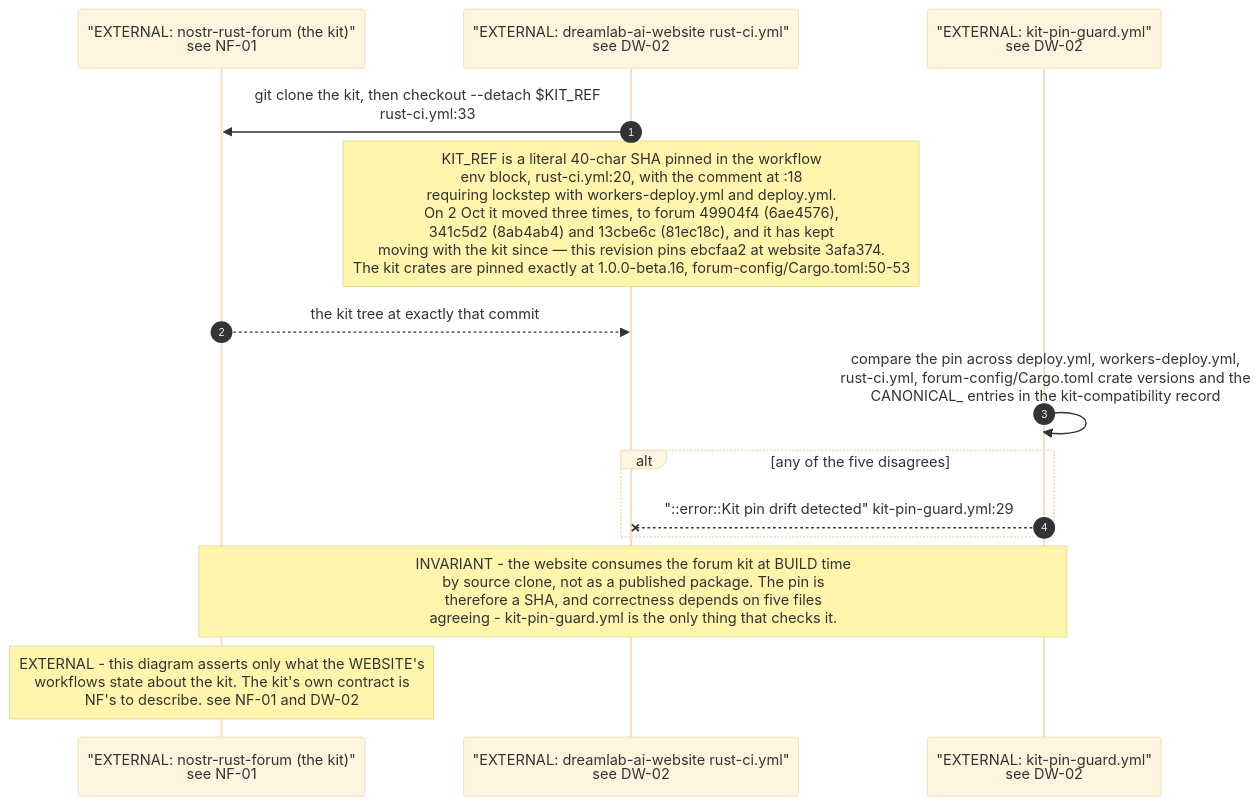
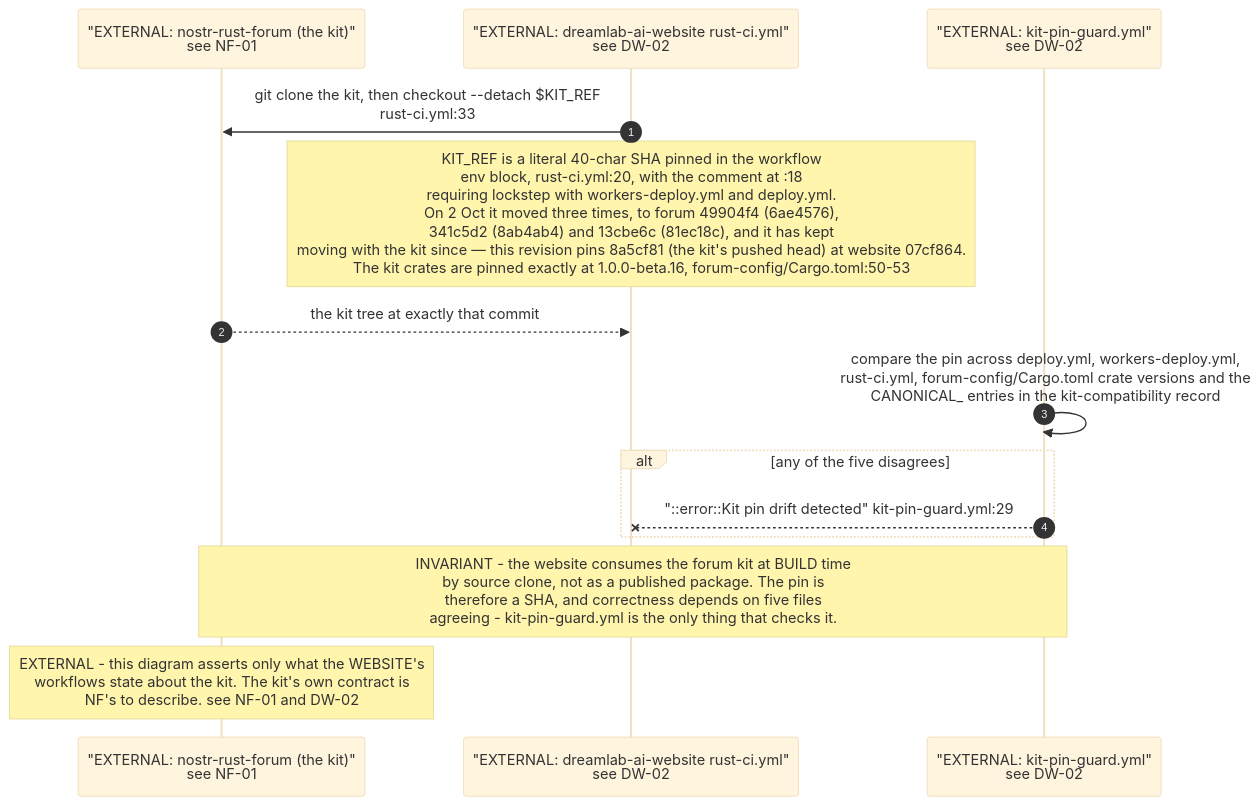
The fourth of 5 diagrams in docs/diagrams/estate/11-publishing-axis.md (DreamLab-AI/VisionFlow), drawn with Mermaid (base theme) before and after one commit. The commit also changed other lines of this file and 145 other files, not shown here.

````diff
--- a/docs/diagrams/estate/11-publishing-axis.md
+++ b/docs/diagrams/estate/11-publishing-axis.md
@@ -121,17 +121,17 @@
 ```mermaid
 sequenceDiagram
     autonumber
     participant NF as "EXTERNAL: nostr-rust-forum (the kit)"<br/>see NF-01
     participant CI as "EXTERNAL: dreamlab-ai-website rust-ci.yml"<br/>see DW-02
     participant GUARD as "EXTERNAL: kit-pin-guard.yml"<br/>see DW-02
 
     CI->>NF: git clone the kit, then checkout --detach $KIT_REF<br/>rust-ci.yml:33
-    Note over CI: KIT_REF is a literal 40-char SHA pinned in the workflow<br/>env block, rust-ci.yml:20, with the comment at :18<br/>requiring lockstep with workers-deploy.yml and deploy.yml.<br/>On 2 Oct it moved three times, to forum 49904f4 (6ae4576),<br/>341c5d2 (8ab4ab4) and 13cbe6c (81ec18c), and it has kept<br/>moving with the kit since — this revision pins ebcfaa2 at website 3afa374.<br/>The kit crates are pinned exactly at 1.0.0-beta.16, forum-config/Cargo.toml:50-53
+    Note over CI: KIT_REF is a literal 40-char SHA pinned in the workflow<br/>env block, rust-ci.yml:20, with the comment at :18<br/>requiring lockstep with workers-deploy.yml and deploy.yml.<br/>On 2 Oct it moved three times, to forum 49904f4 (6ae4576),<br/>341c5d2 (8ab4ab4) and 13cbe6c (81ec18c), and it has kept<br/>moving with the kit since — this revision pins 8a5cf81 (the kit's pushed head) at website 07cf864.<br/>The kit crates are pinned exactly at 1.0.0-beta.16, forum-config/Cargo.toml:50-53
     NF-->>CI: the kit tree at exactly that commit
     GUARD->>GUARD: compare the pin across deploy.yml, workers-deploy.yml,<br/>rust-ci.yml, forum-config/Cargo.toml crate versions and the<br/>CANONICAL_ entries in the kit-compatibility record
     alt any of the five disagrees
         GUARD--xCI: "::error::Kit pin drift detected" kit-pin-guard.yml:29
     end
     Note over NF,GUARD: INVARIANT - the website consumes the forum kit at BUILD time<br/>by source clone, not as a published package. The pin is<br/>therefore a SHA, and correctness depends on five files<br/>agreeing - kit-pin-guard.yml is the only thing that checks it.
     Note over NF: EXTERNAL - this diagram asserts only what the WEBSITE's<br/>workflows state about the kit. The kit's own contract is<br/>NF's to describe. see NF-01 and DW-02
 ```
````
